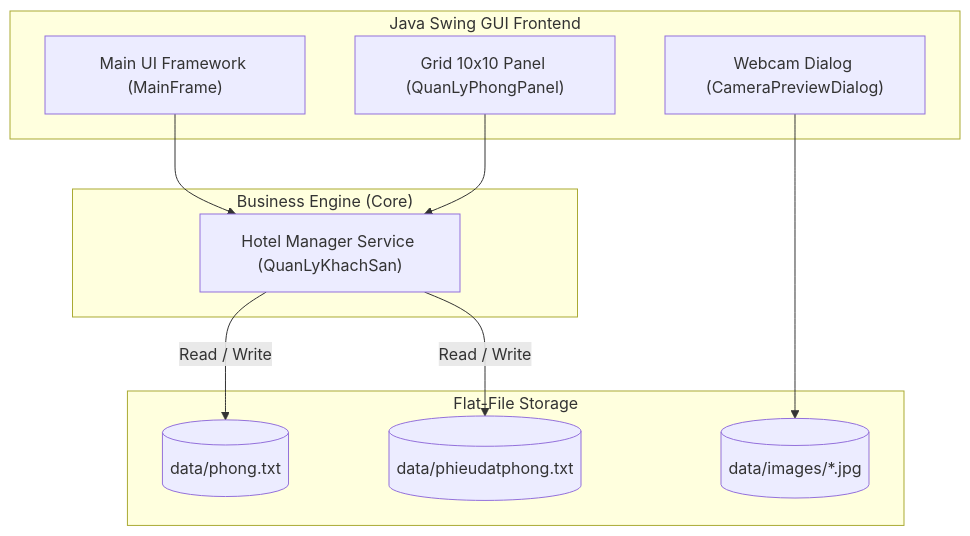
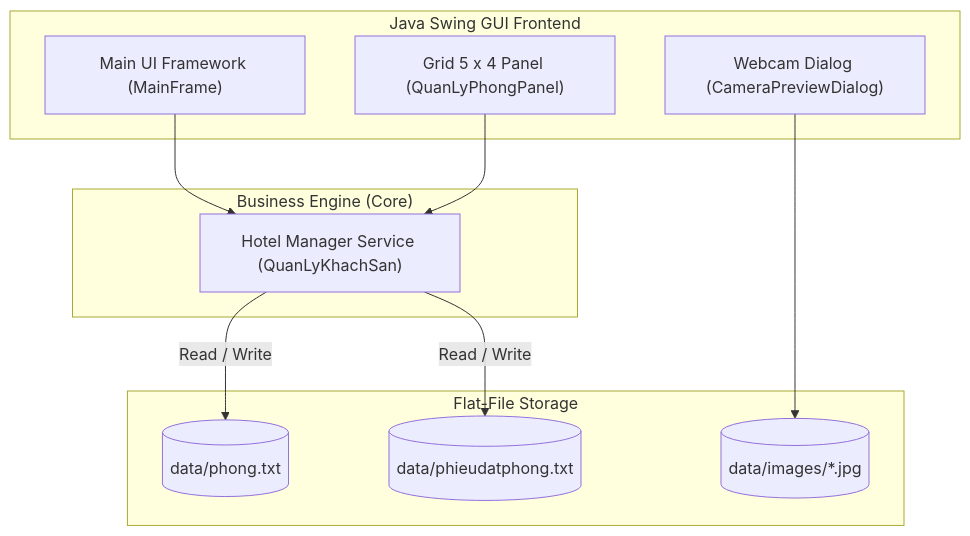
The diagram in docs/diagrams/component_diagram.mmd (NNTTuan/HotelBookingSystem), drawn with Mermaid before and after one commit. The commit also changed 19 other files, not shown here.

```diff
--- a/docs/diagrams/component_diagram.mmd
+++ b/docs/diagrams/component_diagram.mmd
@@ -1,23 +1,23 @@
 flowchart TD
     subgraph Frontend ["Java Swing GUI Frontend"]
         GUI["Main UI Framework (MainFrame)"]
-        Grid["Grid 10x10 Panel (QuanLyPhongPanel)"]
+        Grid["Grid 5 x 4 Panel (QuanLyPhongPanel)"]
         CamUI["Webcam Dialog (CameraPreviewDialog)"]
     end
 
     subgraph Core ["Business Engine (Core)"]
         Controller["Hotel Manager Service (QuanLyKhachSan)"]
     end
 
     subgraph Storage ["Flat-File Storage"]
         PhongFile[("data/phong.txt")]
         PhieuFile[("data/phieudatphong.txt")]
         ImageFiles[("data/images/*.jpg")]
     end
 
     GUI --> Controller
     Grid --> Controller
     CamUI --> ImageFiles
 
     Controller -->|Read / Write| PhongFile
     Controller -->|Read / Write| PhieuFile
```
